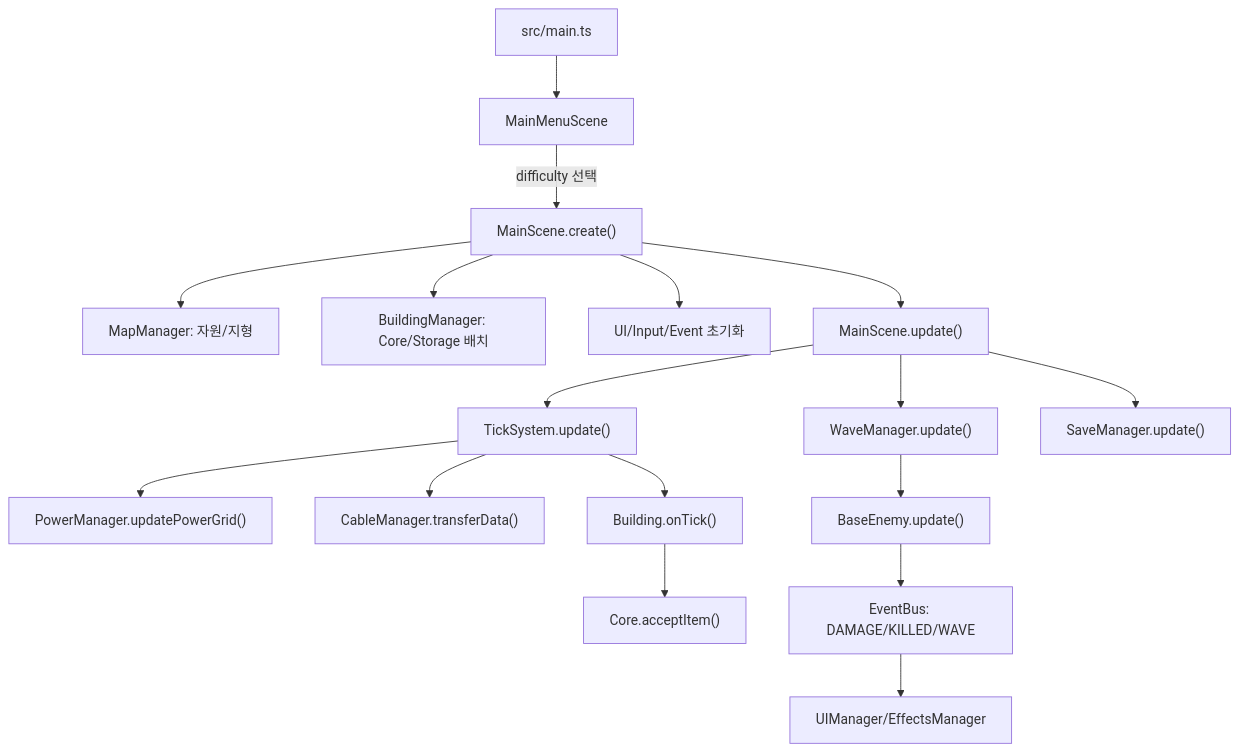
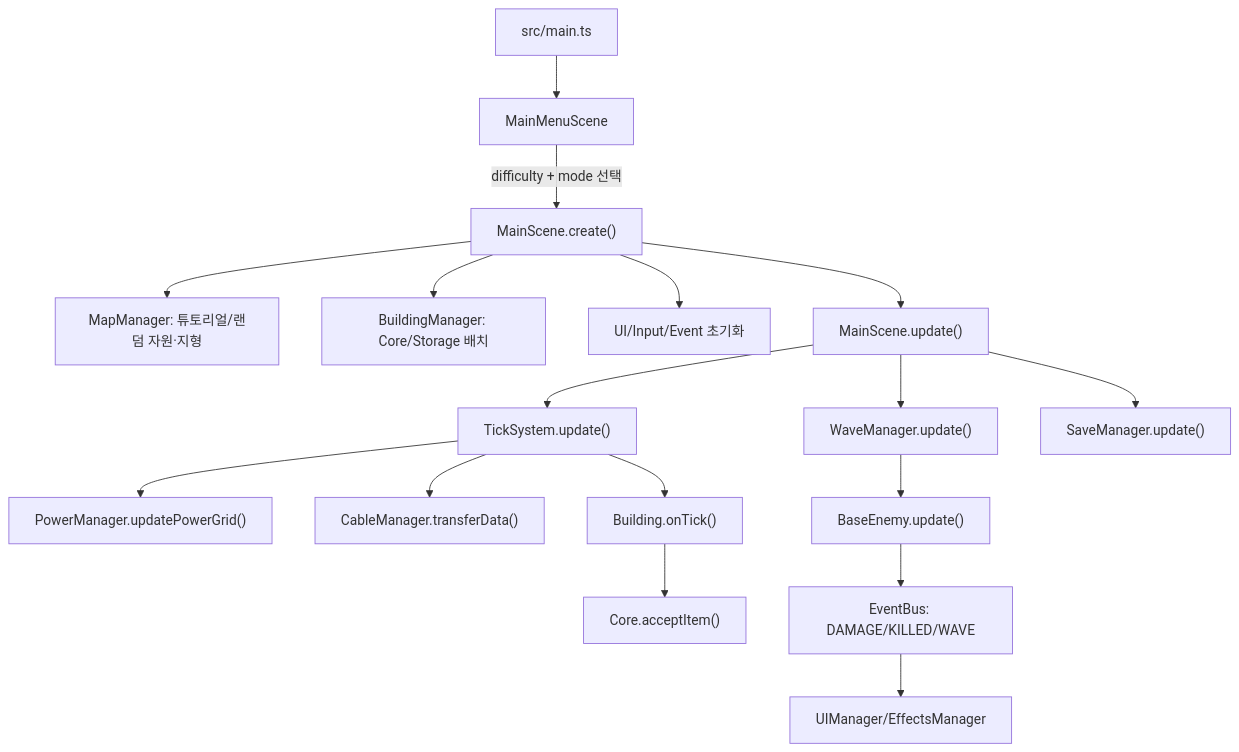
One commit to frotrue/factor changed the diagram in docs/ARCHITECTURE.md. Above: the diagram before and after it, drawn with Mermaid. The commit also changed other lines of this file and 21 other files, not shown here.

````diff
--- a/docs/ARCHITECTURE.md
+++ b/docs/ARCHITECTURE.md
@@ -29,19 +29,19 @@
 ```mermaid
 flowchart TD
     A["src/main.ts"] --> B["MainMenuScene"]
-    B -->|"difficulty 선택"| C["MainScene.create()"]
-    C --> D["MapManager: 자원/지형"]
+    B -->|"difficulty + mode 선택"| C["MainScene.create()"]
+    C --> D["MapManager: 튜토리얼/랜덤 자원·지형"]
     C --> E["BuildingManager: Core/Storage 배치"]
     C --> F["UI/Input/Event 초기화"]
     C --> G["MainScene.update()"]
     G --> H["TickSystem.update()"]
     H --> I["PowerManager.updatePowerGrid()"]
     H --> J["CableManager.transferData()"]
     H --> K["Building.onTick()"]
     G --> L["WaveManager.update()"]
     L --> M["BaseEnemy.update()"]
     K --> N["Core.acceptItem()"]
     M --> O["EventBus: DAMAGE/KILLED/WAVE"]
     O --> P["UIManager/EffectsManager"]
     G --> Q["SaveManager.update()"]
 ```
````
